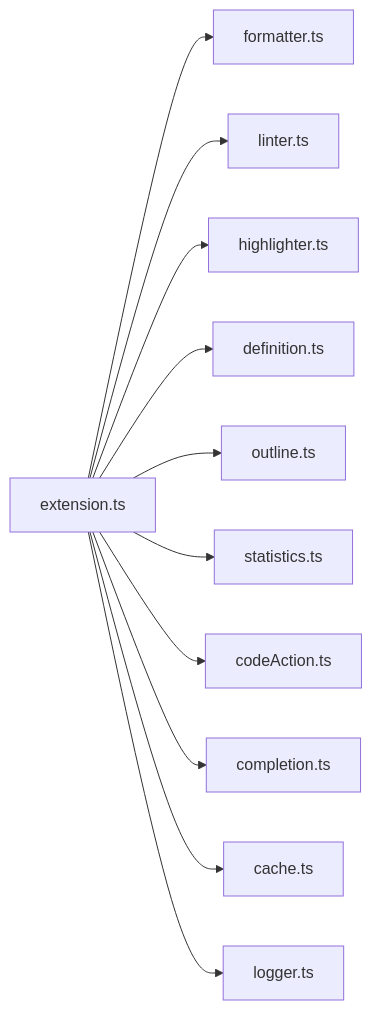
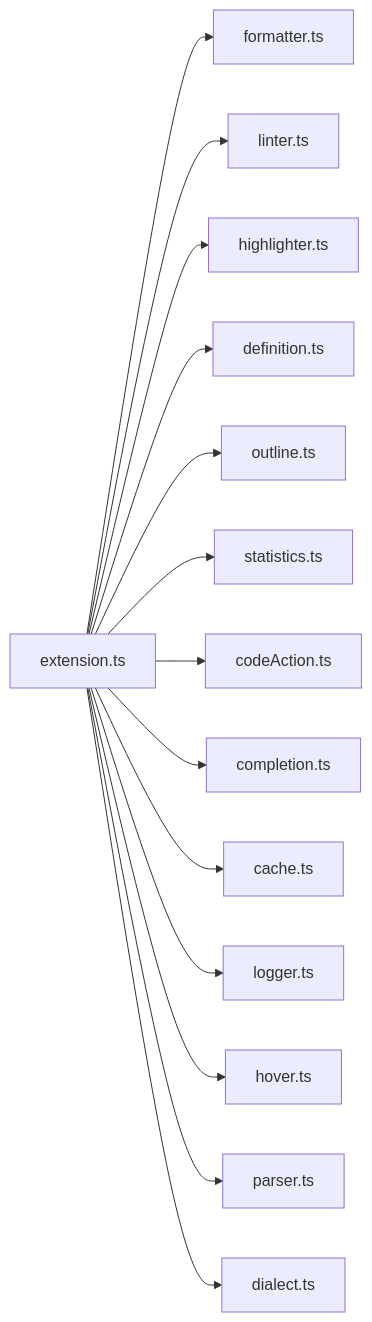
One commit to carlos-camara/vscode-gherkin-powertools changed the first of 3 diagrams in docs/ARCHITECTURE.md. Above: the diagram before and after it, drawn with Mermaid. The commit also changed other lines of this file and 2 other files, not shown here.

Commit message:
docs: remove badges and update architecture
- Remove secondary badges (docs, changelog, issues) from README
- Add missing modules (hover.ts, parser.ts, dialect.ts) to ARCHITECTURE.md diagram and table
- Sync CONTRIBUTING.md architecture summary with current src/ directory

````diff
--- a/docs/ARCHITECTURE.md
+++ b/docs/ARCHITECTURE.md
@@ -13,13 +13,16 @@
 ```mermaid
 graph LR
     A[extension.ts] --> B[formatter.ts]
     A --> C[linter.ts]
     A --> D[highlighter.ts]
     A --> E[definition.ts]
     A --> F[outline.ts]
     A --> G[statistics.ts]
     A --> H[codeAction.ts]
     A --> I[completion.ts]
     A --> J[cache.ts]
     A --> K[logger.ts]
+    A --> L[hover.ts]
+    A --> M[parser.ts]
+    A --> N[dialect.ts]
 ```
````
